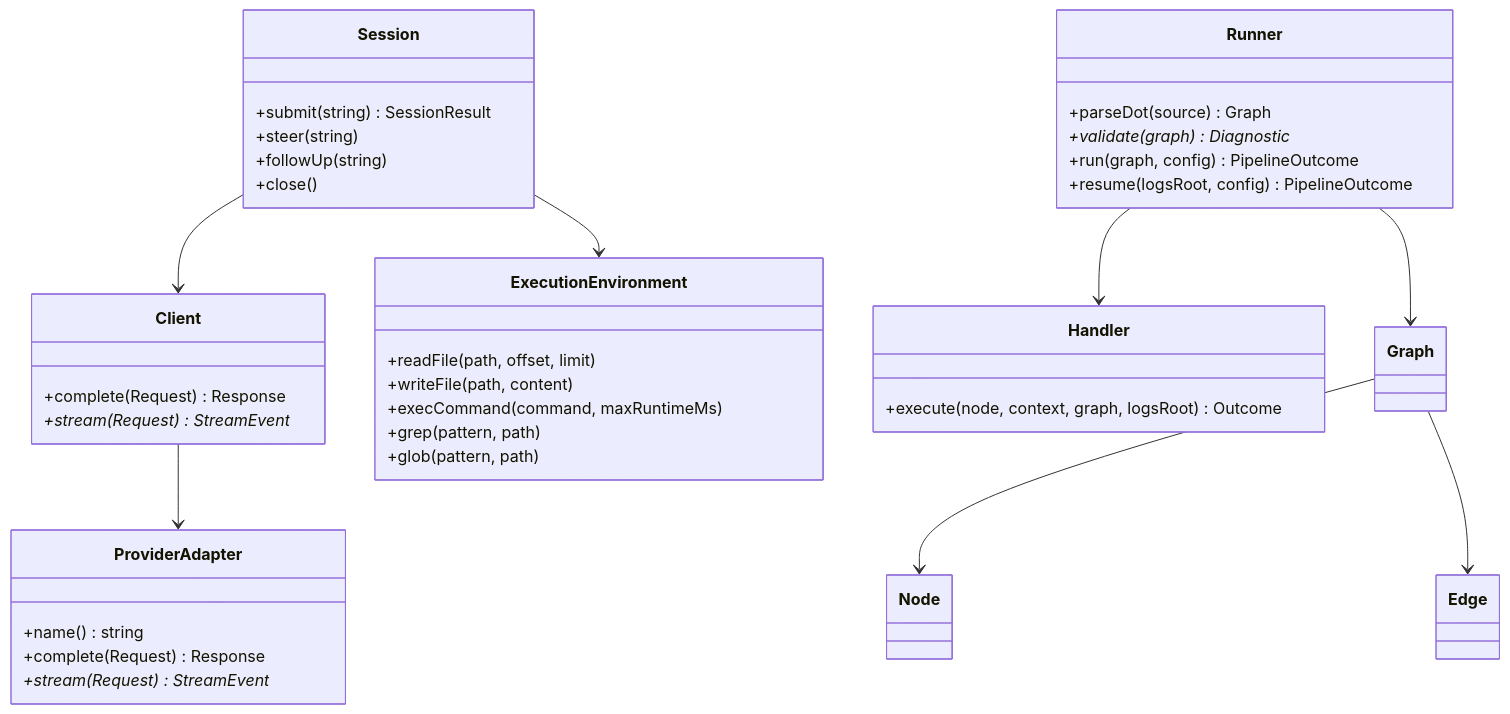
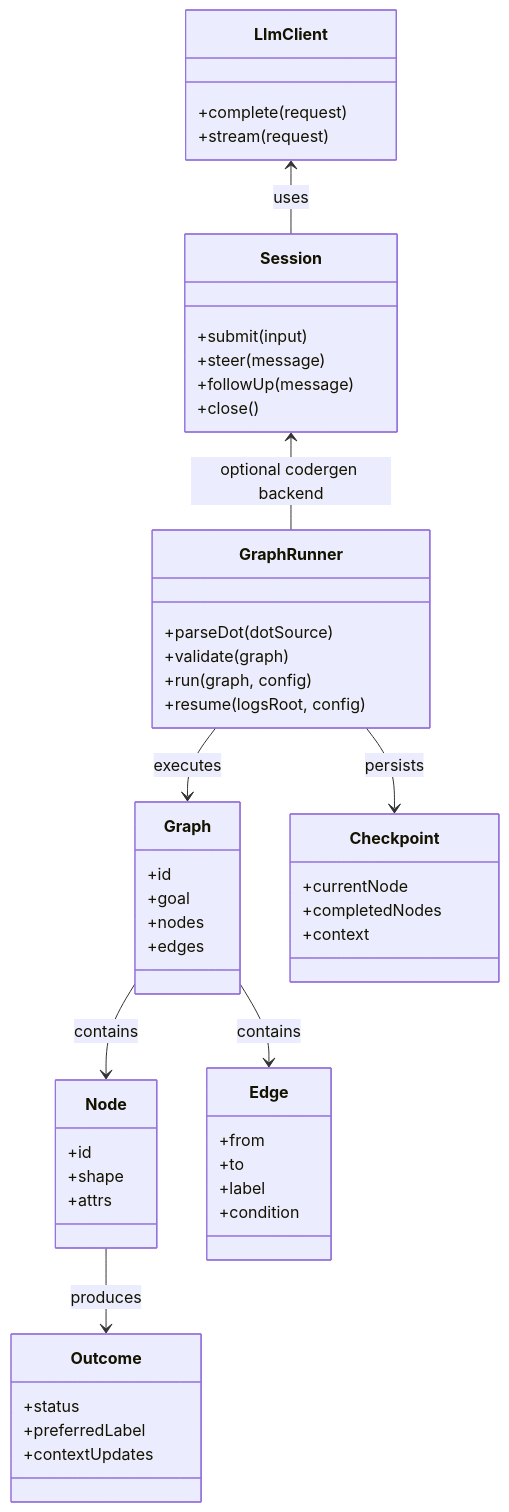
One commit to jaytaylor/attractor-php changed the first of 5 diagrams in docs/sprints/SPRINT-001-comprehensive-implementation-plan.md. Above: the diagram before and after it, drawn with Mermaid. The commit also changed other lines of this file, not shown here.

````diff
--- a/docs/sprints/SPRINT-001-comprehensive-implementation-plan.md
+++ b/docs/sprints/SPRINT-001-comprehensive-implementation-plan.md
@@ -487,45 +552,61 @@
 ```mermaid
 classDiagram
-    class Client {
-      +complete(Request) Response
-      +stream(Request) StreamEvent*
+    class LlmClient {
+      +complete(request)
+      +stream(request)
     }
-    class ProviderAdapter {
-      +name() string
-      +complete(Request) Response
-      +stream(Request) StreamEvent*
-    }
+
     class Session {
-      +submit(string) SessionResult
-      +steer(string)
-      +followUp(string)
+      +submit(input)
+      +steer(message)
+      +followUp(message)
       +close()
     }
-    class ExecutionEnvironment {
-      +readFile(path, offset, limit)
-      +writeFile(path, content)
-      +execCommand(command, maxRuntimeMs)
-      +grep(pattern, path)
-      +glob(pattern, path)
+
+    class GraphRunner {
+      +parseDot(dotSource)
+      +validate(graph)
+      +run(graph, config)
+      +resume(logsRoot, config)
     }
-    class Runner {
-      +parseDot(source) Graph
-      +validate(graph) Diagnostic*
-      +run(graph, config) PipelineOutcome
-      +resume(logsRoot, config) PipelineOutcome
+
+    class Graph {
+      +id
+      +goal
+      +nodes
+      +edges
     }
-    class Handler {
-      +execute(node, context, graph, logsRoot) Outcome
+
+    class Node {
+      +id
+      +shape
+      +attrs
     }
-    class Graph
-    class Node
-    class Edge
 
-    Client --> ProviderAdapter
-    Session --> Client
-    Session --> ExecutionEnvironment
-    Runner --> Graph
-    Graph --> Node
-    Graph --> Edge
-    Runner --> Handler
+    class Edge {
+      +from
+      +to
+      +label
+      +condition
+    }
+
+    class Outcome {
+      +status
+      +preferredLabel
+      +contextUpdates
+    }
+
+    class Checkpoint {
+      +currentNode
+      +completedNodes
+      +context
+    }
+
+    LlmClient <-- Session : uses
+    Session <-- GraphRunner : optional codergen backend
+    GraphRunner --> Graph : executes
+    Graph --> Node : contains
+    Graph --> Edge : contains
+    Node --> Outcome : produces
+    GraphRunner --> Checkpoint : persists
 ```
````
